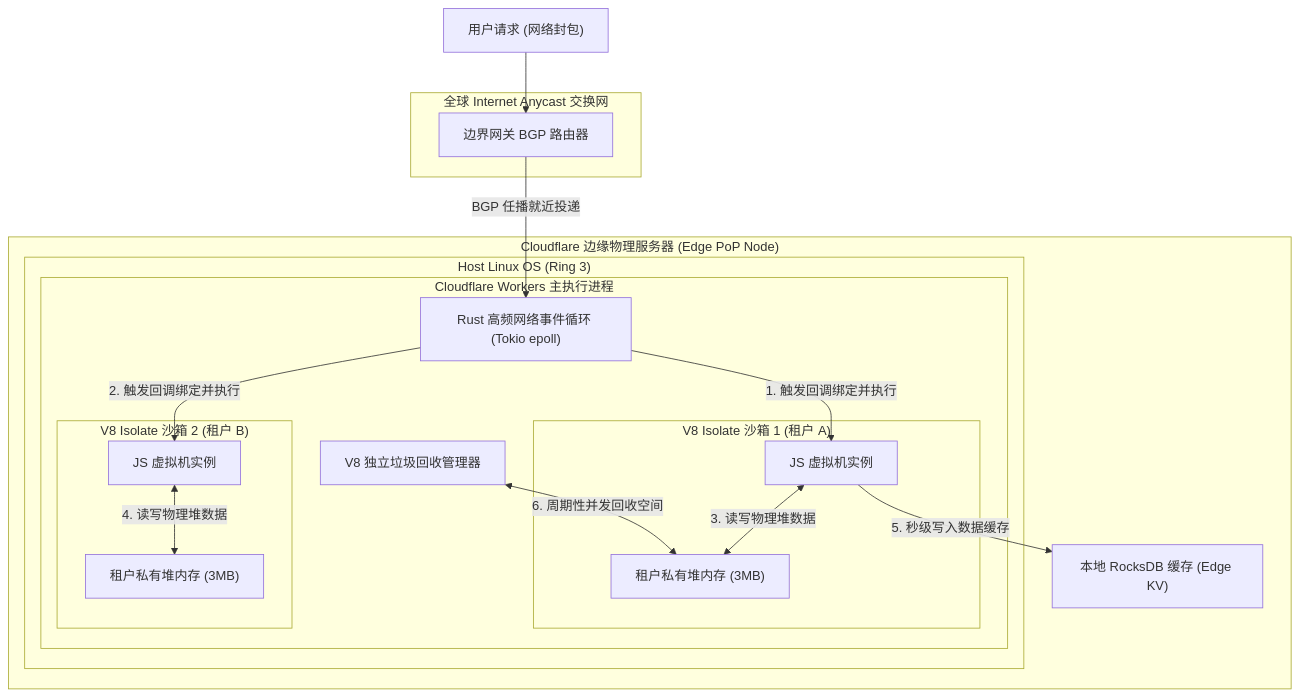
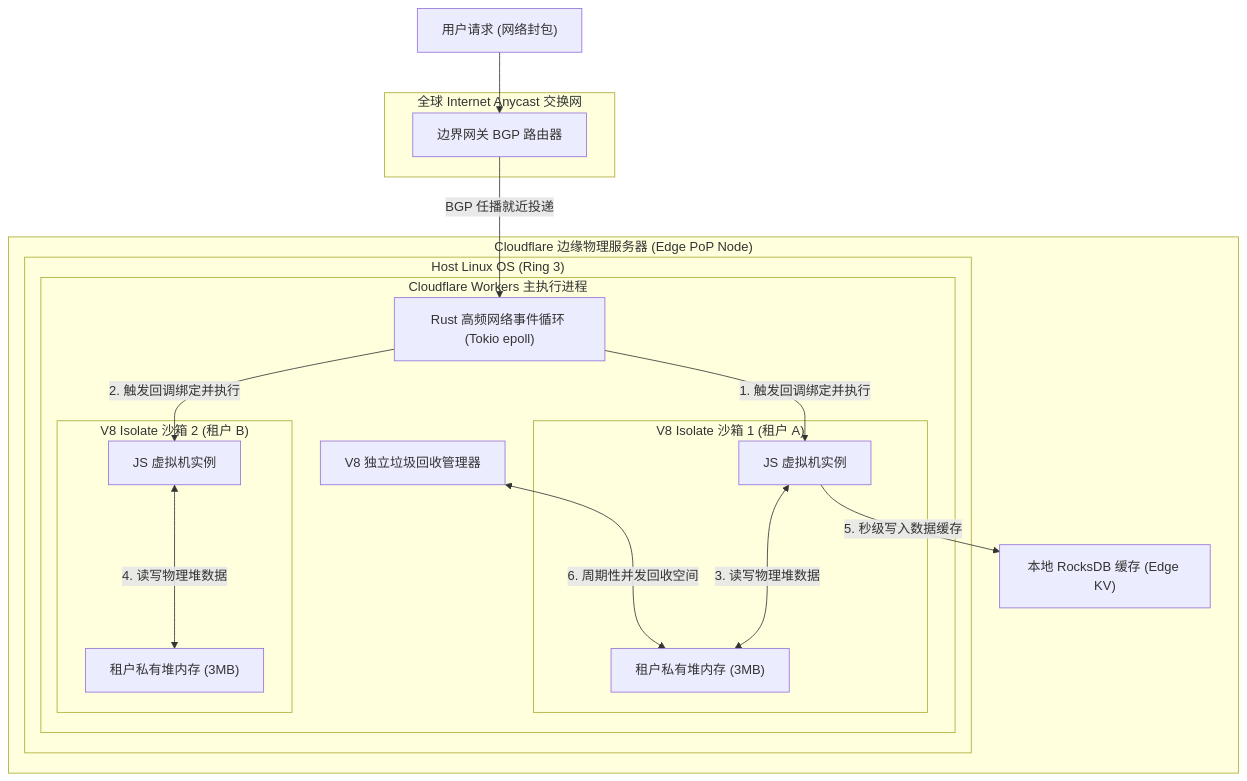
One commit to koosai/AI-Architect-Learning changed the fourth of 6 diagrams in docs/atlas/cloudflare-workers.mdx. Above: the diagram before and after it, drawn with Mermaid. The commit also changed other lines of this file and 68 other files, not shown here.

Commit message:
fix(atlas): fix browser client-side Mermaid rendering for mindmaps and flowcharts across 67 case studies

````diff
--- a/docs/atlas/cloudflare-workers.mdx
+++ b/docs/atlas/cloudflare-workers.mdx
@@ -113,40 +113,40 @@
 ```mermaid
 graph TB
   subgraph EdgeNode["Cloudflare 边缘物理服务器 (Edge PoP Node)"]
     subgraph HostOS["Host Linux OS (Ring 3)"]
       subgraph WorkersProcess["Cloudflare Workers 主执行进程"]
         EventLoop["Rust 高频网络事件循环 (Tokio epoll)"]
         
         subgraph IsolateSandbox1["V8 Isolate 沙箱 1 (租户 A)"]
           JsRuntime1["JS 虚拟机实例"]
           PrivateHeap1["租户私有堆内存 (3MB)"]
         end
 
         subgraph IsolateSandbox2["V8 Isolate 沙箱 2 (租户 B)"]
           JsRuntime2["JS 虚拟机实例"]
           PrivateHeap2["租户私有堆内存 (3MB)"]
         end
 
         V8GarbageCollector["V8 独立垃圾回收管理器"]
       end
     end
     
     LocalKV["本地 RocksDB 缓存 (Edge KV)"]
   end
 
   subgraph BGPNetwork["全球 Internet Anycast 交换网"]
     BgpRouter["边界网关 BGP 路由器"]
   end
 
   IncomingRequest["用户请求 (网络封包)"] --> BgpRouter
   BgpRouter -->|BGP 任播就近投递| EventLoop
   
   EventLoop -->|1. 触发回调绑定并执行| JsRuntime1
   EventLoop -->|2. 触发回调绑定并执行| JsRuntime2
   
-  JsRuntime1 <-->|3. 读写物理堆数据| PrivateHeap1
-  JsRuntime2 <-->|4. 读写物理堆数据| PrivateHeap2
+  JsRuntime1 <--->|3. 读写物理堆数据| PrivateHeap1
+  JsRuntime2 <--->|4. 读写物理堆数据| PrivateHeap2
   
   JsRuntime1 -->|5. 秒级写入数据缓存| LocalKV
-  V8GarbageCollector <-->|6. 周期性并发回收空间| PrivateHeap1
+  V8GarbageCollector <--->|6. 周期性并发回收空间| PrivateHeap1
 ```
````
